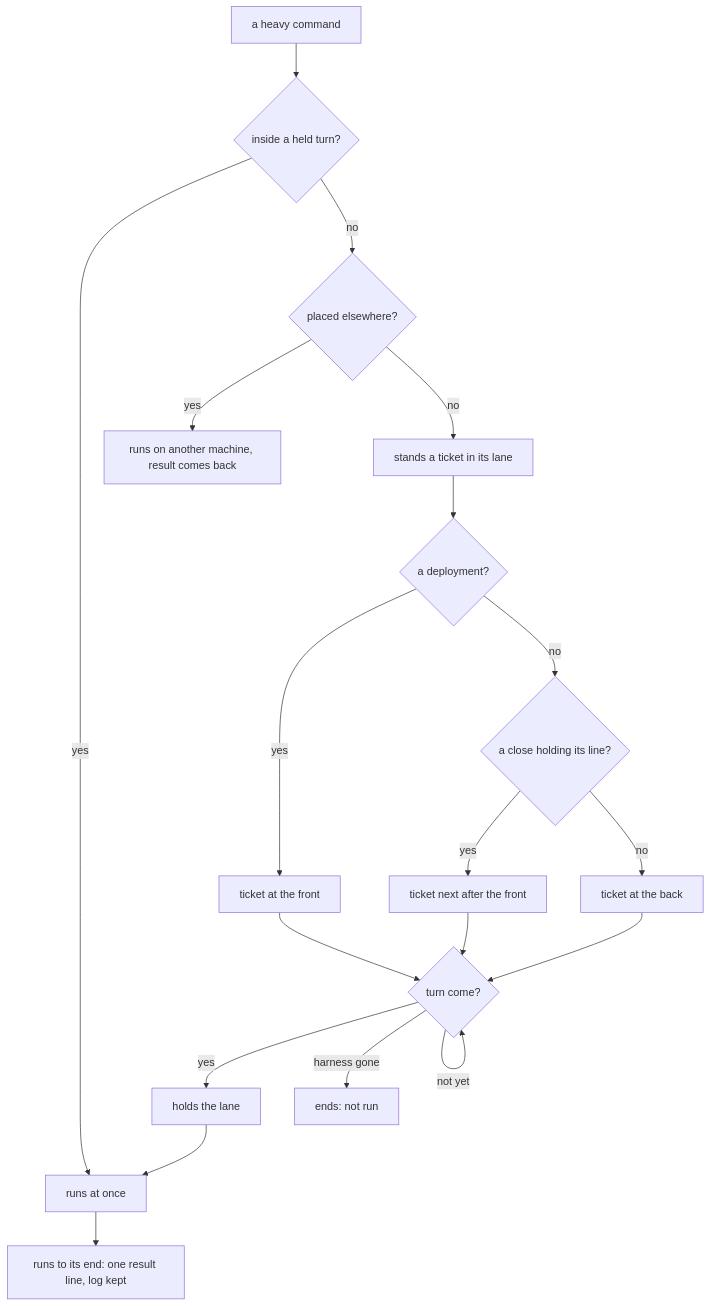
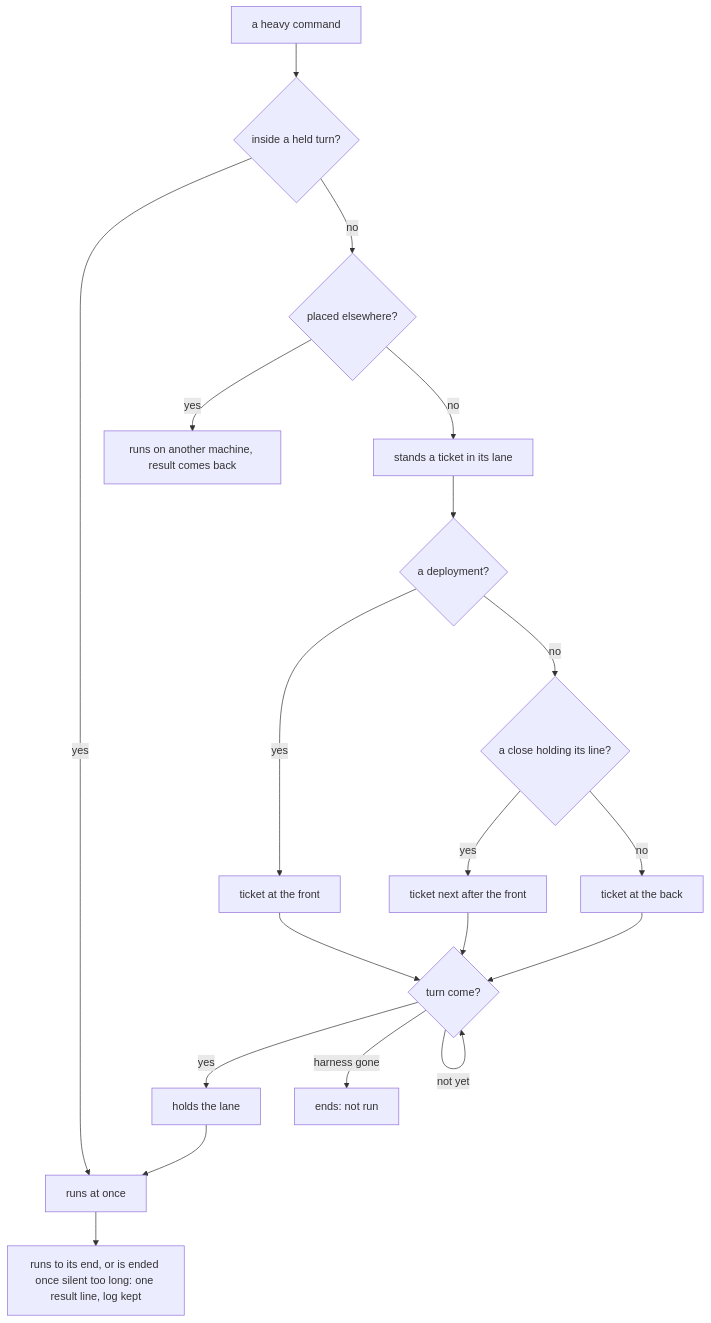
One commit to ahas/bmo-testbed changed the diagram in docs/testbed.md. Above: the diagram before and after it, drawn with Mermaid. The commit also changed other lines of this file and 28 other files, not shown here.

````diff
--- a/docs/testbed.md
+++ b/docs/testbed.md
@@ -23,21 +23,21 @@
 ```mermaid
 flowchart TD
   A[a heavy command] --> B{inside a held turn?}
   B -- yes --> R[runs at once]
   B -- no --> P{placed elsewhere?}
   P -- yes --> E[runs on another machine, result comes back]
   P -- no --> Q[stands a ticket in its lane]
   Q --> F{a deployment?}
   F -- yes --> FT[ticket at the front]
   F -- no --> N{a close holding its line?}
   N -- yes --> NT[ticket next after the front]
   N -- no --> OT[ticket at the back]
   FT --> W{turn come?}
   NT --> W
   OT --> W
   W -- yes --> H[holds the lane]
   H --> R
   W -- harness gone --> K[ends: not run]
   W -- not yet --> W
-  R --> V[runs to its end: one result line, log kept]
+  R --> V[runs to its end, or is ended once silent too long: one result line, log kept]
 ```
````
